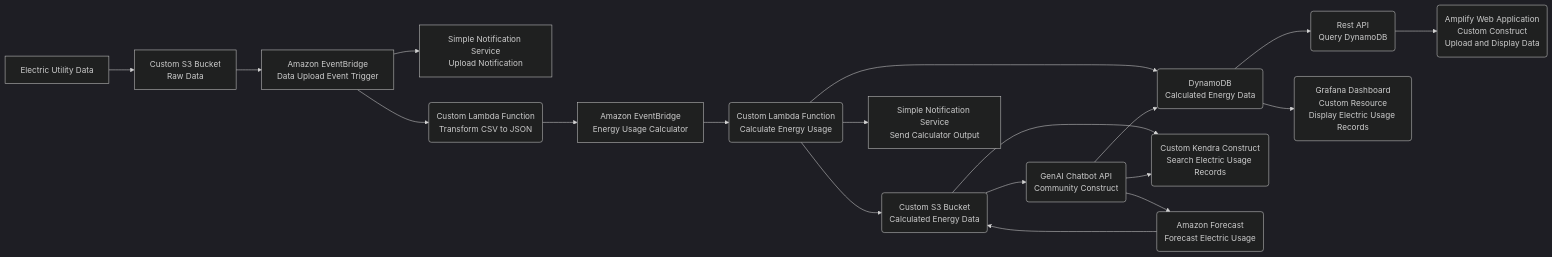
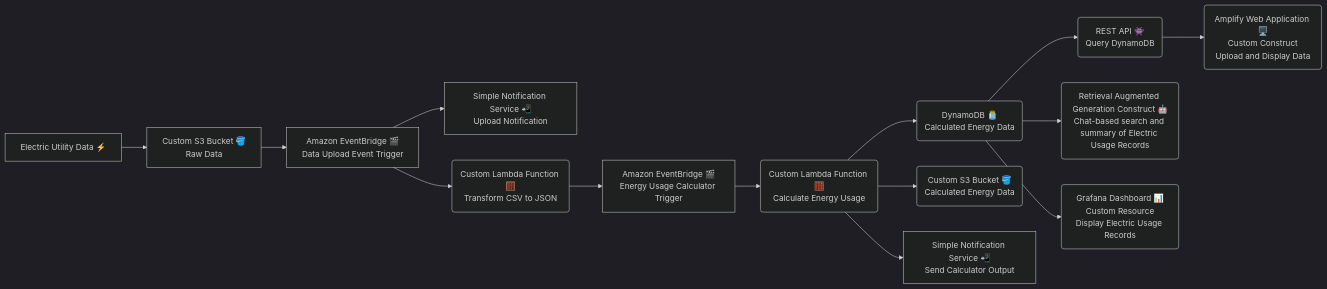
Before and after one commit to hands-on-aws-cdk-book/hands-on-aws-cdk-book-projects: the diagram in README.md, drawn with Mermaid. The commit also changed other lines of this file, not shown here.

Commit message:
Update project architecture main.

````diff
--- a/README.md
+++ b/README.md
@@ -9,66 +9,52 @@
 ```mermaid
 
 %%{
   init: {
     "theme": "dark",
     "scale": "2"
   }
 }%%
 
 flowchart LR
 
-InputData[Electric Utility Data]-->
-inputS3[Custom S3 Bucket<br/>Raw Data]
+InputData[Electric Utility Data ⚡️]-->
+inputS3[Custom S3 Bucket 🪣<br/>Raw Data]
 
 inputS3-->
-EventBridge1[Amazon EventBridge<br/>Data Upload Event Trigger]
+EventBridge1[Amazon EventBridge 🎬<br/>Data Upload Event Trigger]
 
 EventBridge1-->
-SNS1[Simple Notification Service<br/>Upload Notification]
+SNS1[Simple Notification Service 📲<br/>Upload Notification]
 
 EventBridge1-->
-Lambda1(Custom Lambda Function<br/>Transform CSV to JSON)
+Lambda1(Custom Lambda Function 🧮<br/>Transform CSV to JSON)
 
-Lambda1 -->
-EventBridge2[Amazon EventBridge<br/>Energy Usage Calculator]
+Lambda1-->
+EventBridge2[Amazon EventBridge 🎬<br/>Energy Usage Calculator Trigger]
 
 EventBridge2-->
-Lambda2(Custom Lambda Function<br/>Calculate Energy Usage)
+Lambda2(Custom Lambda Function 🧮<br/>Calculate Energy Usage)
 
 Lambda2-->
-DynamoDBTable(DynamoDB<br/>Calculated Energy Data)
+DynamoDBTable(DynamoDB 🫙<br/>Calculated Energy Data)
 
 Lambda2-->
-analyticsS3(Custom S3 Bucket<br/>Calculated Energy Data)
+analyticsS3(Custom S3 Bucket 🪣<br/>Calculated Energy Data)
 
 Lambda2-->
-SNS2[Simple Notification Service<br/>Send Calculator Output]
+SNS2[Simple Notification Service 📲<br/>Send Calculator Output]
 
-DynamoDBTable -->
-api(Rest API<br/>Query DynamoDB)
+DynamoDBTable-->
+API(REST API 👾<br/>Query DynamoDB )
 
-api -->
-Amplify(Amplify Web Application<br/>Custom Construct<br/>Upload and Display Data)
+DynamoDBTable-->
+RAGConstruct(Retrieval Augmented Generation Construct 🤖<br/>Chat-based search and summary of Electric Usage Records)
 
-analyticsS3 -->
-KendraSearch(Custom Kendra Construct<br/>Search Electric Usage Records)
+DynamoDBTable-->
+GrafanaDashboard(Grafana Dashboard 📊<br/>Custom Resource<br/>Display Electric Usage Records)
 
-DynamoDBTable -->
-GrafanaDashboard(Grafana Dashboard<br/>Custom Resource<br/>Display Electric Usage Records)
+API-->
+Amplify(Amplify Web Application 🖥️<br/>Custom Construct<br/>Upload and Display Data)
 
-ForecastStack(Amazon Forecast<br/>Forecast Electric Usage)-->
-analyticsS3
-
-analyticsS3 -->
-GenAIChatInterface(GenAI Chatbot API<br/>Community Construct)
-
-GenAIChatInterface-->
-DynamoDBTable
-
-GenAIChatInterface-->
-KendraSearch
-
-GenAIChatInterface-->
-ForecastStack
 
 ```
````
